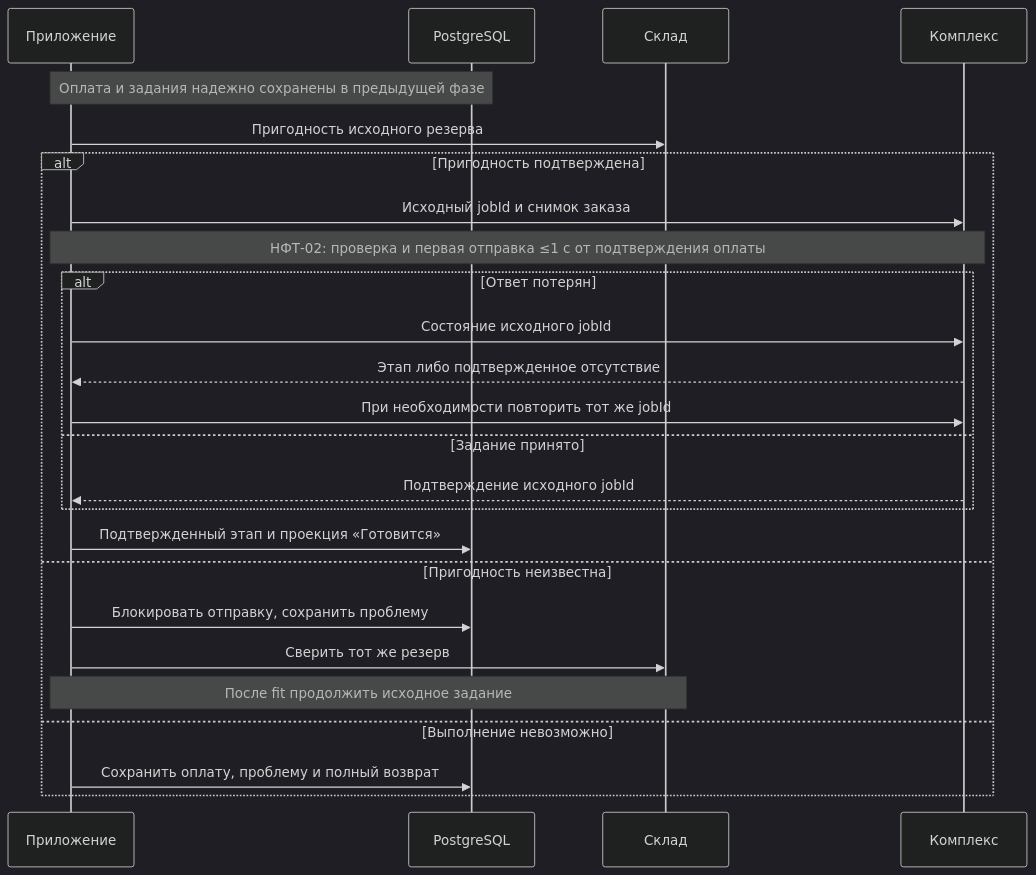
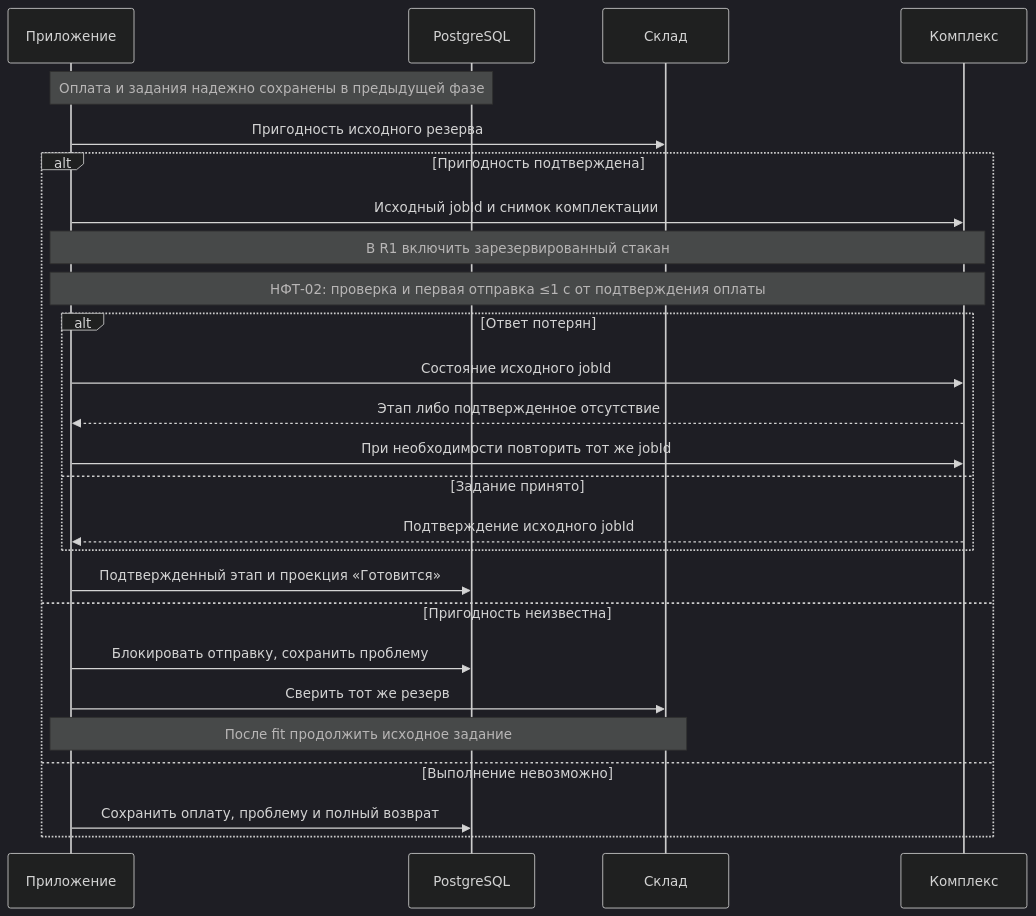
One commit to n-leo-leo/restaurant-order-board changed the second of 8 diagrams in docs/project/published/04_architecture/integration-flows.md. Above: the diagram before and after it, drawn with Mermaid (dark theme). The commit also changed other lines of this file and 92 other files, not shown here.

````diff
--- a/docs/project/published/04_architecture/integration-flows.md
+++ b/docs/project/published/04_architecture/integration-flows.md
@@ -58,27 +65,28 @@
 ```mermaid
 sequenceDiagram
 participant App as Приложение
 participant DB as PostgreSQL
 participant Stock as Склад
 participant Robot as Комплекс
 Note over App,DB: Оплата и задания надежно сохранены в предыдущей фазе
 App->>Stock: Пригодность исходного резерва
 alt Пригодность подтверждена
-App->>Robot: Исходный jobId и снимок заказа
+App->>Robot: Исходный jobId и снимок комплектации
+Note over App,Robot: В R1 включить зарезервированный стакан
 Note over App,Robot: НФТ-02: проверка и первая отправка ≤1 с от подтверждения оплаты
 alt Ответ потерян
 App->>Robot: Состояние исходного jobId
 Robot-->>App: Этап либо подтвержденное отсутствие
 App->>Robot: При необходимости повторить тот же jobId
 else Задание принято
 Robot-->>App: Подтверждение исходного jobId
 end
 App->>DB: Подтвержденный этап и проекция «Готовится»
 else Пригодность неизвестна
 App->>DB: Блокировать отправку, сохранить проблему
 App->>Stock: Сверить тот же резерв
 Note over App,Stock: После fit продолжить исходное задание
 else Выполнение невозможно
 App->>DB: Сохранить оплату, проблему и полный возврат
 end
 ```
````
